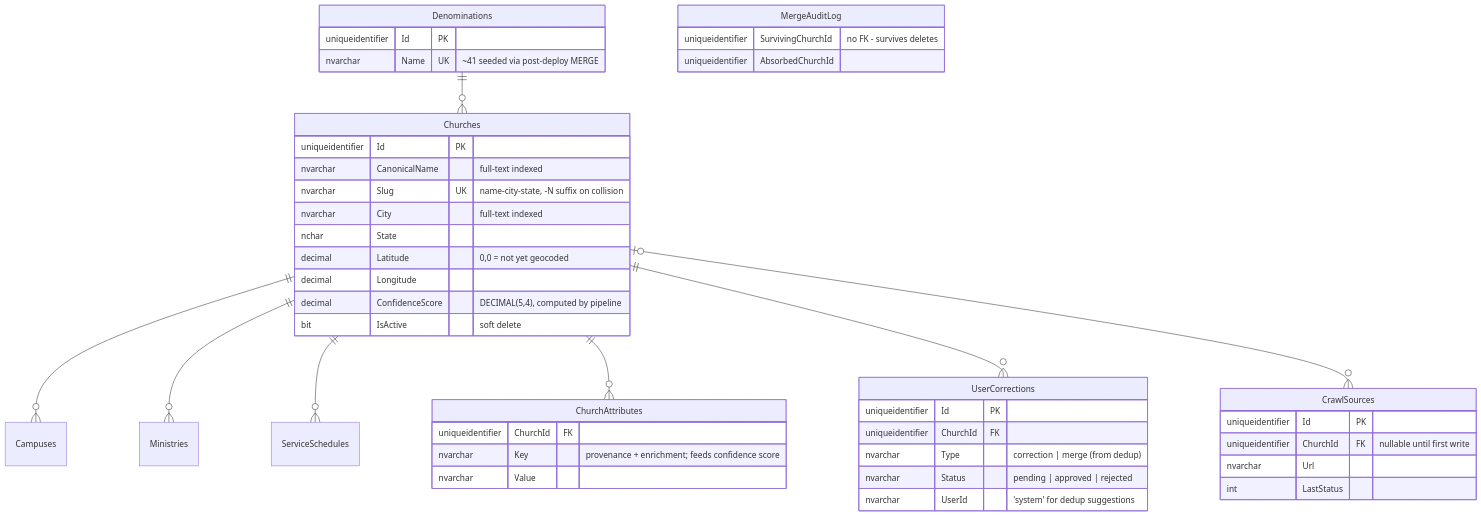
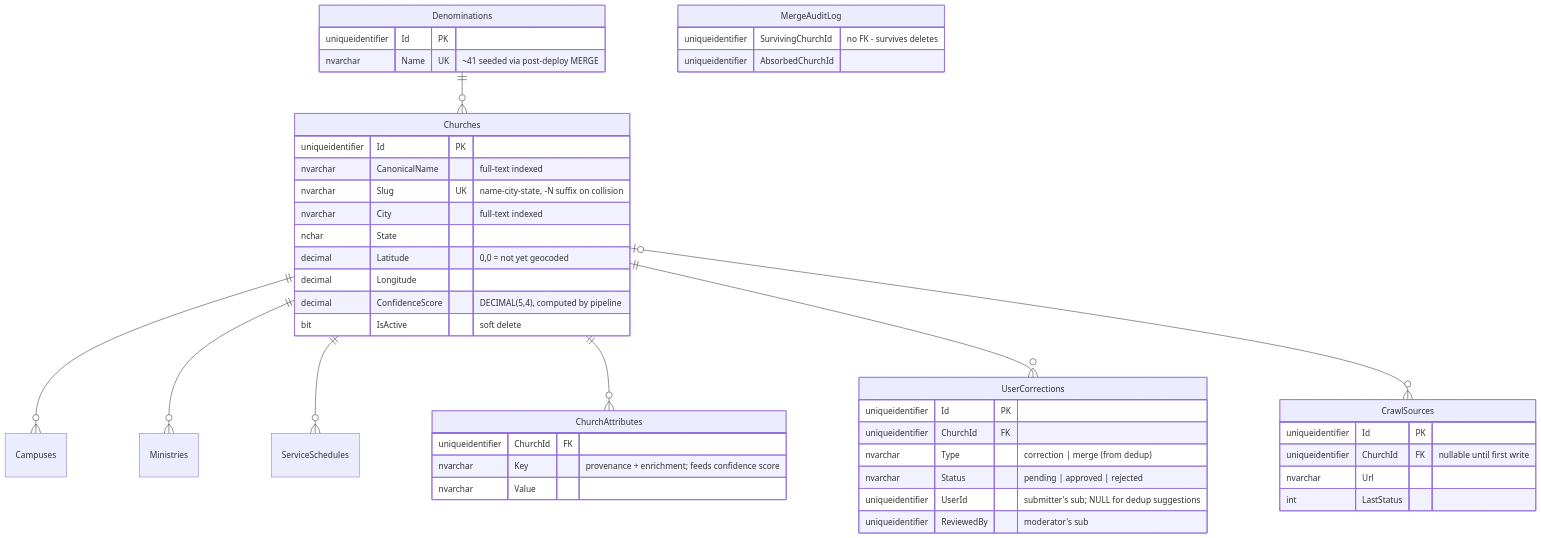
The fifth of 8 diagrams in ARCHITECTURE.md (crgolden/Churches), drawn with Mermaid before and after one commit. The commit also changed other lines of this file and 3 other files, not shown here.

````diff
--- a/ARCHITECTURE.md
+++ b/ARCHITECTURE.md
@@ -240,48 +240,49 @@
 ```mermaid
 erDiagram
     Denominations ||--o{ Churches : ""
     Churches ||--o{ Campuses : ""
     Churches ||--o{ Ministries : ""
     Churches ||--o{ ServiceSchedules : ""
     Churches ||--o{ ChurchAttributes : ""
     Churches ||--o{ UserCorrections : ""
     Churches |o--o{ CrawlSources : ""
 
     Churches {
         uniqueidentifier Id PK
         nvarchar CanonicalName "full-text indexed"
         nvarchar Slug UK "name-city-state, -N suffix on collision"
         nvarchar City "full-text indexed"
         nchar State
         decimal Latitude "0,0 = not yet geocoded"
         decimal Longitude
         decimal ConfidenceScore "DECIMAL(5,4), computed by pipeline"
         bit IsActive "soft delete"
     }
     Denominations {
         uniqueidentifier Id PK
         nvarchar Name UK "~41 seeded via post-deploy MERGE"
     }
     CrawlSources {
         uniqueidentifier Id PK
         uniqueidentifier ChurchId FK "nullable until first write"
         nvarchar Url
         int LastStatus
     }
     UserCorrections {
         uniqueidentifier Id PK
         uniqueidentifier ChurchId FK
         nvarchar Type "correction | merge (from dedup)"
         nvarchar Status "pending | approved | rejected"
-        nvarchar UserId "'system' for dedup suggestions"
+        uniqueidentifier UserId "submitter's sub; NULL for dedup suggestions"
+        uniqueidentifier ReviewedBy "moderator's sub"
     }
     ChurchAttributes {
         uniqueidentifier ChurchId FK
         nvarchar Key "provenance + enrichment; feeds confidence score"
         nvarchar Value
     }
     MergeAuditLog {
         uniqueidentifier SurvivingChurchId "no FK - survives deletes"
         uniqueidentifier AbsorbedChurchId
     }
 ```
````
